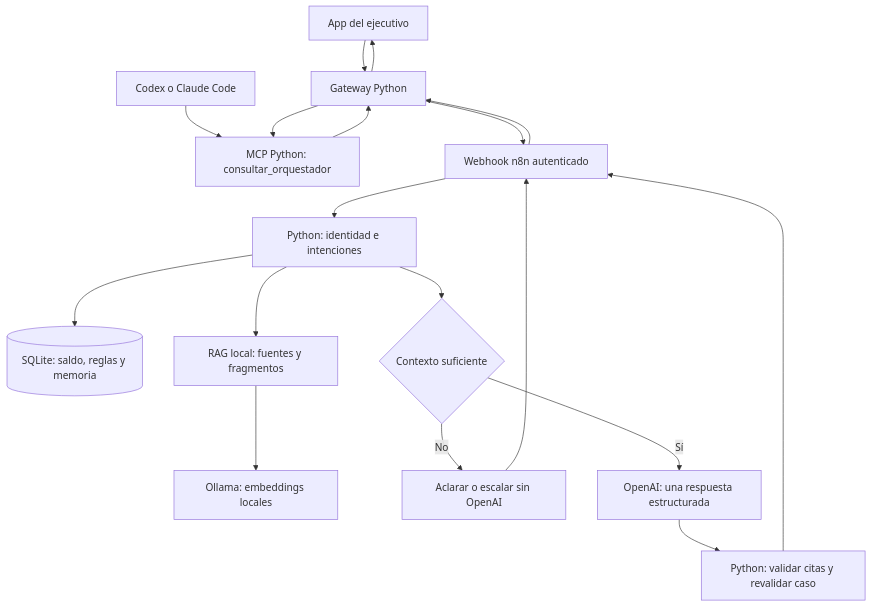
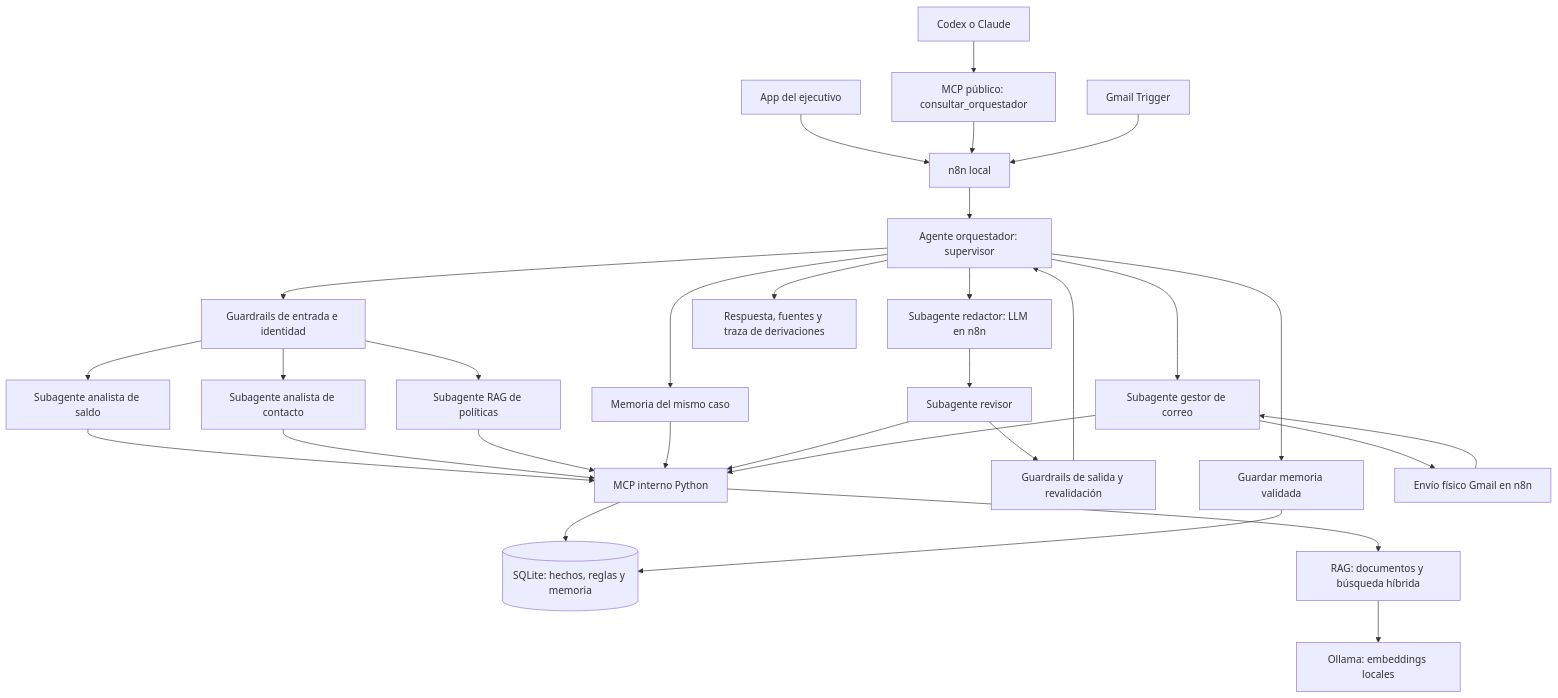
One commit to adminagentica/04c_Modulo3_Agentes_MCP_y_Guardrails changed the diagram in docs/01_ARQUITECTURA.md. Above: the diagram before and after it, drawn with Mermaid. The commit also changed other lines of this file and 38 other files, not shown here.

Commit message:
Unifica supervisor, especialistas, memoria, guardrails, MCP y RAG

````diff
--- a/docs/01_ARQUITECTURA.md
+++ b/docs/01_ARQUITECTURA.md
@@ -5,20 +5,32 @@
 ```mermaid
 flowchart TD
- A[App del ejecutivo] --> G[Gateway Python]
- C[Codex o Claude Code] --> M[MCP Python: consultar_orquestador]
- M --> G
- G --> N[Webhook n8n autenticado]
- N --> P[Python: identidad e intenciones]
- P --> S[(SQLite: saldo, reglas y memoria)]
- P --> R[RAG local: fuentes y fragmentos]
+ U[App del ejecutivo] --> N[n8n local]
+ C[Codex o Claude] --> MC[MCP público: consultar_orquestador]
+ MC --> N
+ N --> S[Agente orquestador: supervisor]
+ S --> GI[Guardrails de entrada e identidad]
+ GI --> AS[Subagente analista de saldo]
+ GI --> AE[Subagente analista de contacto]
+ GI --> AR[Subagente RAG de políticas]
+ S --> MM[Memoria del mismo caso]
+ AS --> MT[MCP interno Python]
+ AE --> MT
+ AR --> MT
+ MM --> MT
+ MT --> DB[(SQLite: hechos, reglas y memoria)]
+ MT --> R[RAG: documentos y búsqueda híbrida]
  R --> O[Ollama: embeddings locales]
- P --> D{Contexto suficiente}
- D -->|No| X[Aclarar o escalar sin OpenAI]
- D -->|Sí| L[OpenAI: una respuesta estructurada]
- L --> V[Python: validar citas y revalidar caso]
- V --> N
- X --> N
- N --> G
- G --> A
- G --> M
+ S --> RD[Subagente redactor: LLM en n8n]
+ RD --> RV[Subagente revisor]
+ RV --> MT
+ RV --> GO[Guardrails de salida y revalidación]
+ GO --> S
+ S --> RE[Respuesta, fuentes y traza de derivaciones]
+ S --> MW[Guardar memoria validada]
+ MW --> DB
+ G[Gmail Trigger] --> N
+ S --> CG[Subagente gestor de correo]
+ CG --> MT
+ CG --> EN[Envío físico Gmail en n8n]
+ EN --> CG
 ```
````
